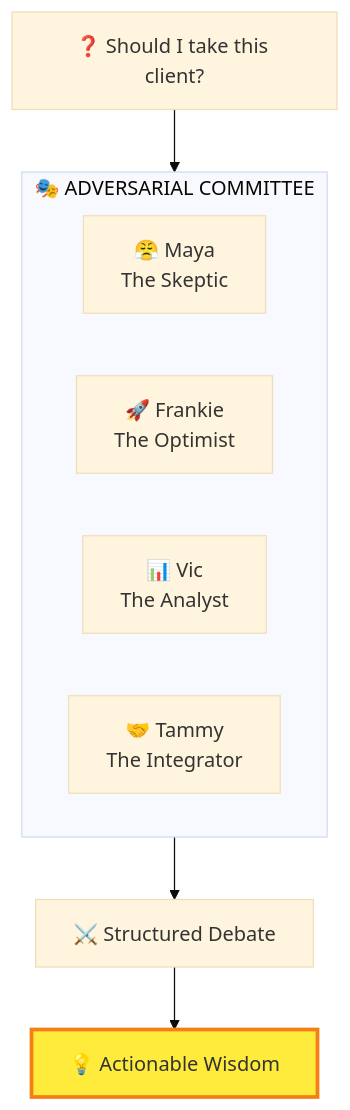
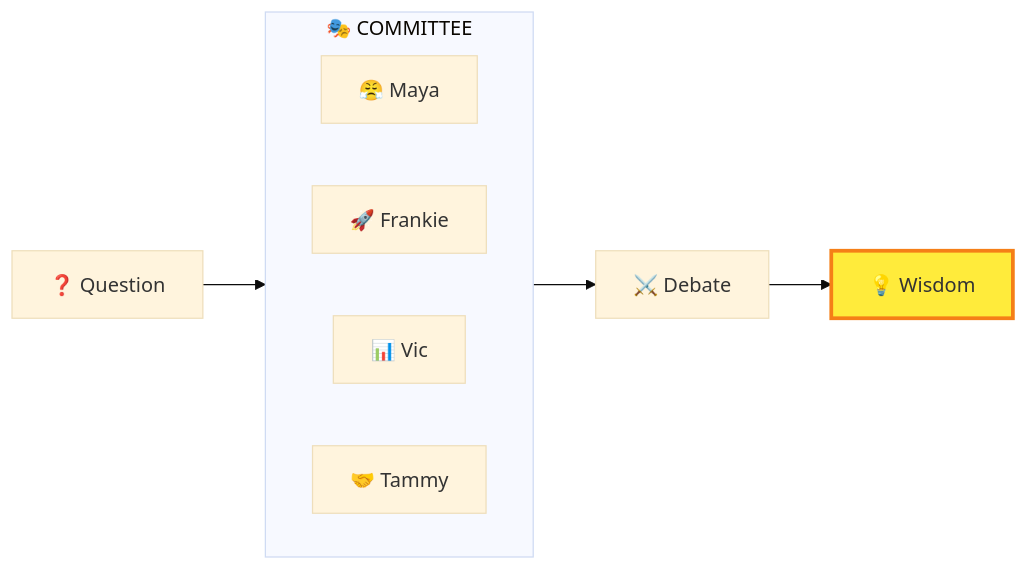
One commit to pragsmike/moollm changed the second of 4 diagrams in designs/MOOLLM-MANIFESTO.md. Above: the diagram before and after it, drawn with Mermaid (base theme).

Commit message:
Layout adversarial committee horizontally, shorten labels
- flowchart TD → LR (horizontal layout)
- direction LR inside subgraph
- Shortened all labels to prevent wrapping

````diff
--- a/designs/MOOLLM-MANIFESTO.md
+++ b/designs/MOOLLM-MANIFESTO.md
@@ -101,16 +101,17 @@
 ```mermaid
-flowchart TD
-    QUESTION[❓ Should I take this client?] --> COMMITTEE
+flowchart LR
+    QUESTION[❓ Question] --> COMMITTEE
     
-    subgraph COMMITTEE["🎭 ADVERSARIAL COMMITTEE"]
-        MAYA[😤 Maya<br/>The Skeptic]
-        FRANKIE[🚀 Frankie<br/>The Optimist]
-        VIC[📊 Vic<br/>The Analyst]
-        TAMMY[🤝 Tammy<br/>The Integrator]
+    subgraph COMMITTEE["🎭 COMMITTEE"]
+        direction LR
+        MAYA[😤 Maya] 
+        FRANKIE[🚀 Frankie]
+        VIC[📊 Vic]
+        TAMMY[🤝 Tammy]
     end
     
-    COMMITTEE --> DEBATE[⚔️ Structured Debate]
-    DEBATE --> WISDOM[💡 Actionable Wisdom]
+    COMMITTEE --> DEBATE[⚔️ Debate]
+    DEBATE --> WISDOM[💡 Wisdom]
     
     style WISDOM fill:#ffeb3b,stroke:#f57f17,stroke-width:3px
 ```
````
